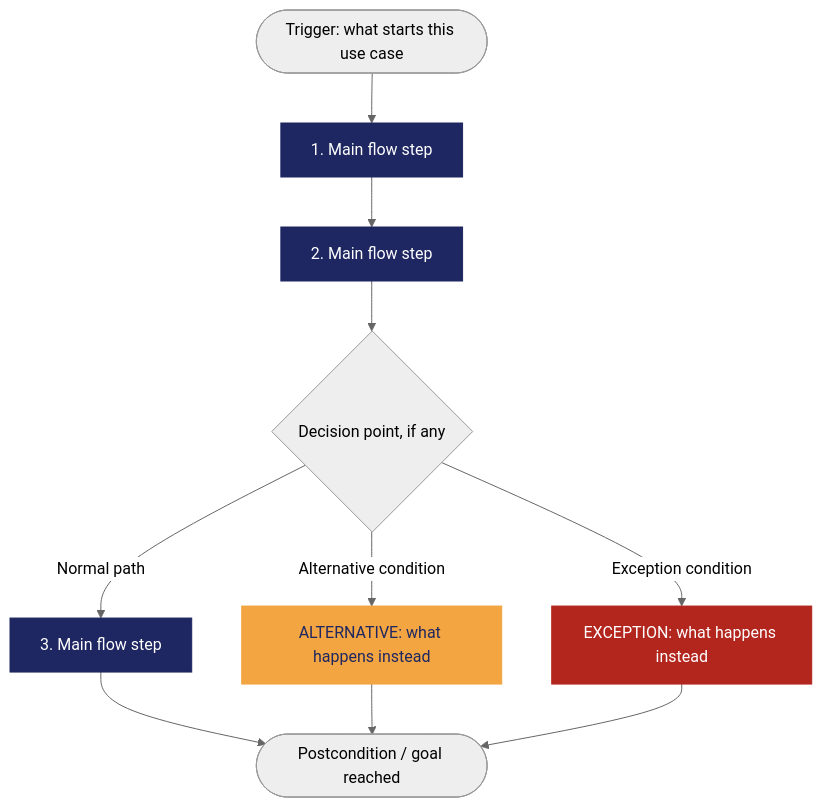
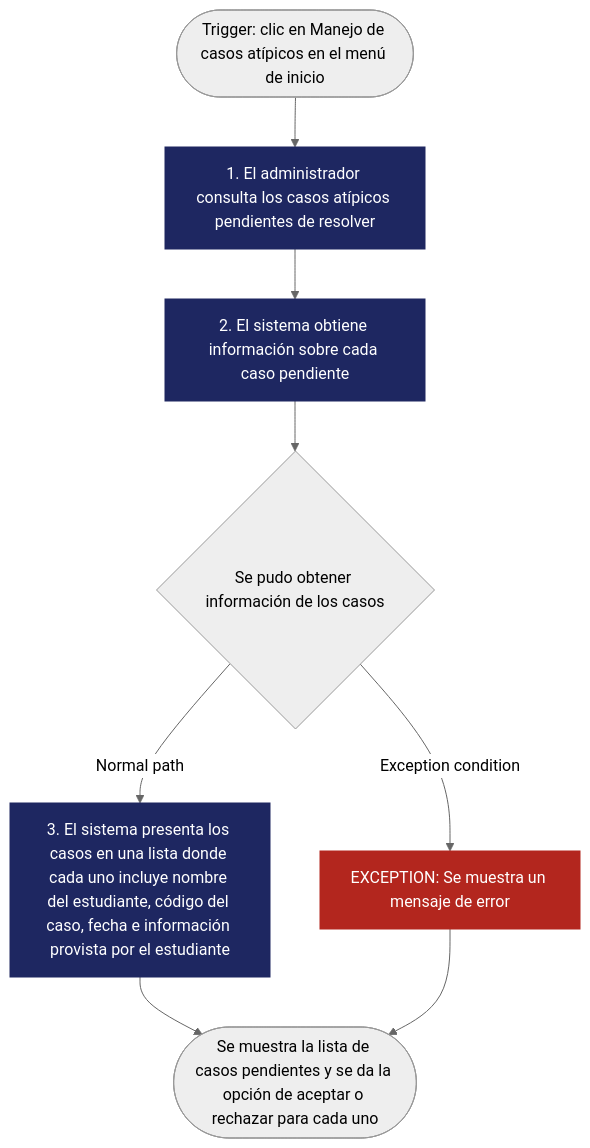
The first of 2 diagrams in docs/REQ-01-Sistema-de-manejo-de-casos-especiales.md (alfredoquev/Almuerzate.app), drawn with Mermaid (neutral theme) before and after one commit. The commit also changed other lines of this file, not shown here.

Commit message:
Add new use case for case resolution process

````diff
--- a/docs/REQ-01-Sistema-de-manejo-de-casos-especiales.md
+++ b/docs/REQ-01-Sistema-de-manejo-de-casos-especiales.md
@@ -160,19 +164,17 @@
 ```mermaid
 flowchart TD
-    A([Trigger: what starts this use case]) --> B["1. Main flow step"]
-    B --> C["2. Main flow step"]
-    C --> D{"Decision point, if any"}
-    D -- "Normal path" --> G["3. Main flow step"]
-    G --> H(["Postcondition / goal reached"])
-    D -- "Alternative condition" --> E["ALTERNATIVE: what happens instead"]
-    E --> H
-    D -- "Exception condition" --> F["EXCEPTION: what happens instead"]
+    A([Trigger: clic en Manejo de casos atípicos en el menú de inicio]) --> B["1. El administrador consulta los casos atípicos pendientes de resolver"]
+    B --> C["2. El sistema obtiene información sobre cada caso pendiente"]
+    C --> D{"Se pudo obtener información de los casos"}
+    D -- "Normal path" --> G["3. El sistema presenta los casos en una lista donde cada uno incluye nombre del estudiante, código del caso, fecha e información provista por el estudiante"]
+    G --> H(["Se muestra la lista de casos pendientes y se da la opción de aceptar o rechazar para cada uno"])
+    D -- "Exception condition" --> F["EXCEPTION: Se muestra un mensaje de error"]
     F --> H
 
     classDef mainflow fill:#1E2761,color:#ffffff,stroke:#1E2761;
     classDef alt fill:#F2A541,color:#1E2761,stroke:#F2A541;
     classDef exception fill:#B3261E,color:#ffffff,stroke:#B3261E;
     class B,C,G mainflow;
     class E alt;
     class F exception;
 ```
````
